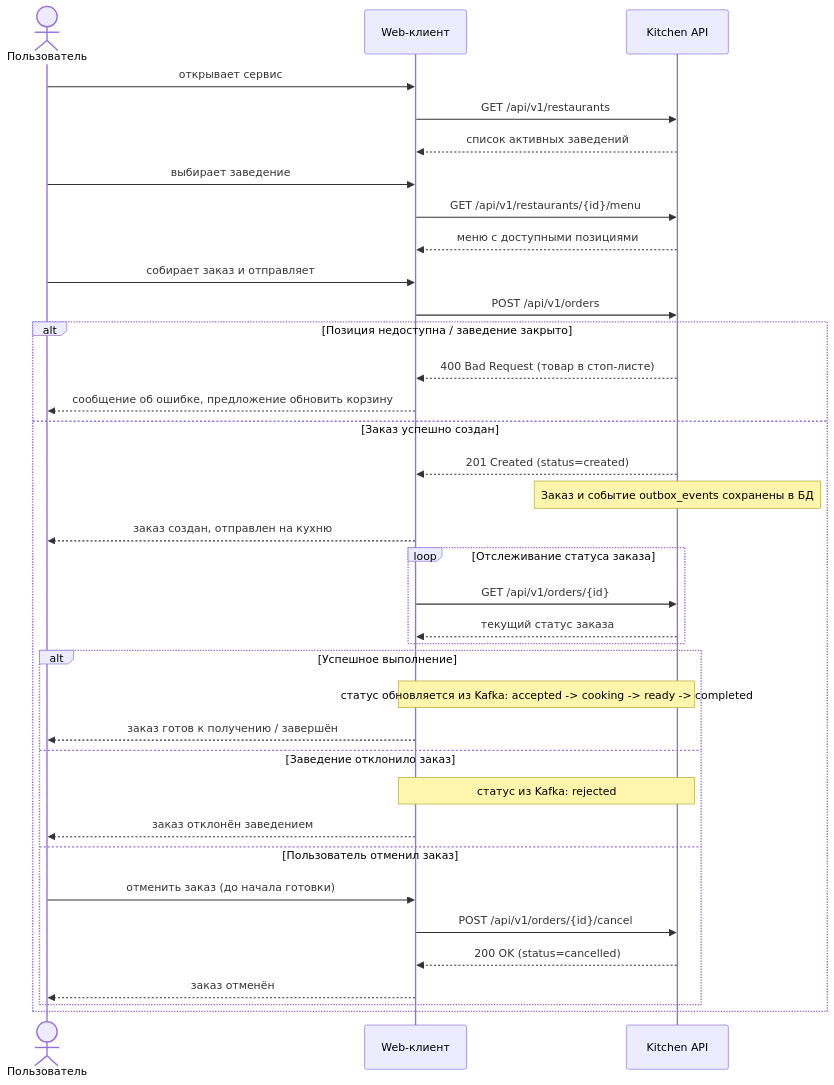
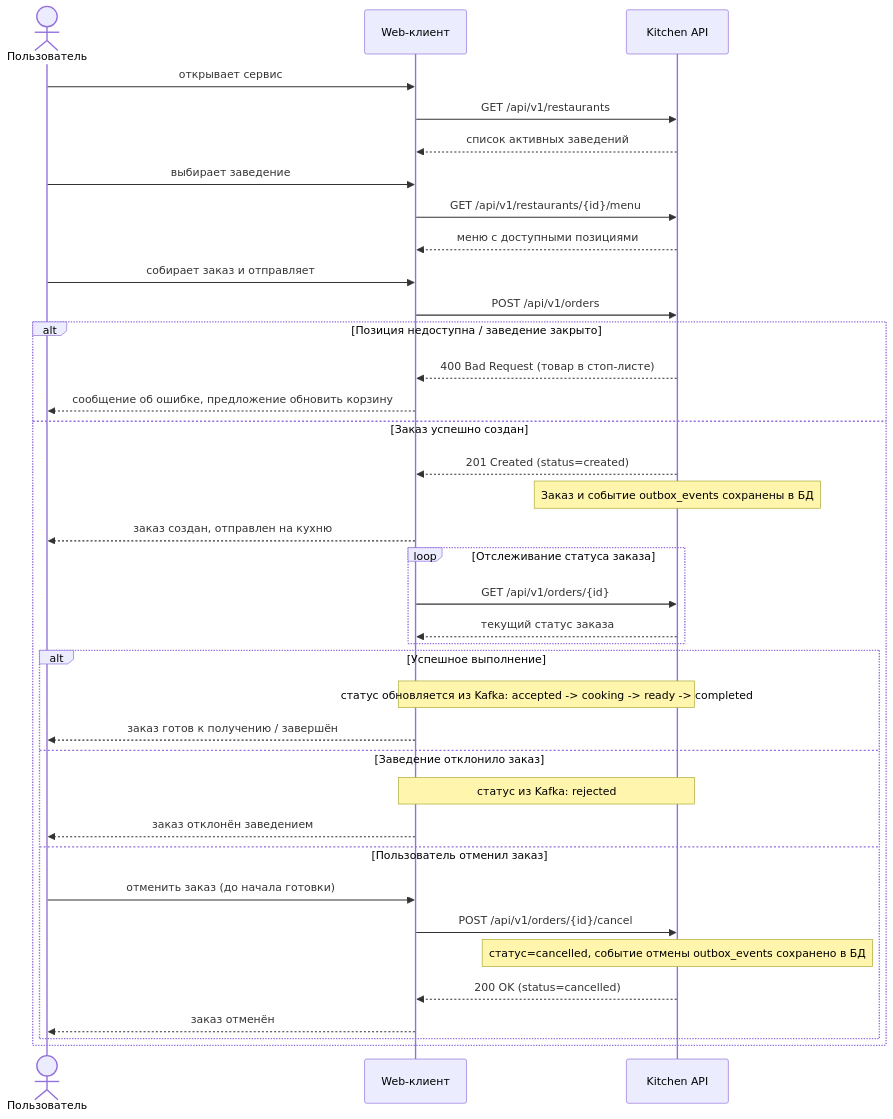
Before and after one commit to R0uT3r52/kitchen-api: the diagram in docs/cjm-user.md, drawn with Mermaid. The commit also changed other lines of this file and 9 other files, not shown here.

````diff
--- a/docs/cjm-user.md
+++ b/docs/cjm-user.md
@@ -5,44 +5,45 @@
 ```mermaid
 sequenceDiagram
     actor U as Пользователь
     participant C as Web-клиент
     participant A as Kitchen API
 
     U->>C: открывает сервис
     C->>A: GET /api/v1/restaurants
     A-->>C: список активных заведений
 
     U->>C: выбирает заведение
     C->>A: GET /api/v1/restaurants/{id}/menu
     A-->>C: меню с доступными позициями
 
     U->>C: собирает заказ и отправляет
     C->>A: POST /api/v1/orders
 
     alt Позиция недоступна / заведение закрыто
         A-->>C: 400 Bad Request (товар в стоп-листе)
         C-->>U: сообщение об ошибке, предложение обновить корзину
     else Заказ успешно создан
         A-->>C: 201 Created (status=created)
         Note over A: Заказ и событие outbox_events сохранены в БД
         C-->>U: заказ создан, отправлен на кухню
 
         loop Отслеживание статуса заказа
             C->>A: GET /api/v1/orders/{id}
             A-->>C: текущий статус заказа
         end
 
         alt Успешное выполнение
             Note over A,C: статус обновляется из Kafka: accepted -> cooking -> ready -> completed
             C-->>U: заказ готов к получению / завершён
         else Заведение отклонило заказ
             Note over A,C: статус из Kafka: rejected
             C-->>U: заказ отклонён заведением
         else Пользователь отменил заказ
             U->>C: отменить заказ (до начала готовки)
             C->>A: POST /api/v1/orders/{id}/cancel
+            Note over A: статус=cancelled, событие отмены outbox_events сохранено в БД
             A-->>C: 200 OK (status=cancelled)
             C-->>U: заказ отменён
         end
     end
 ```
````
